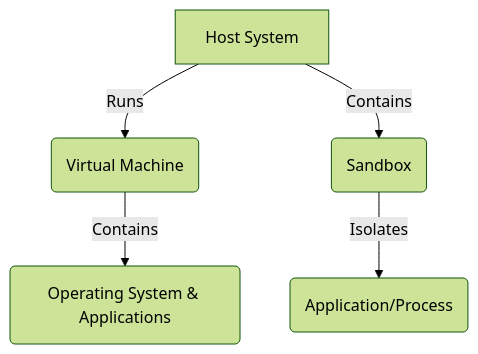
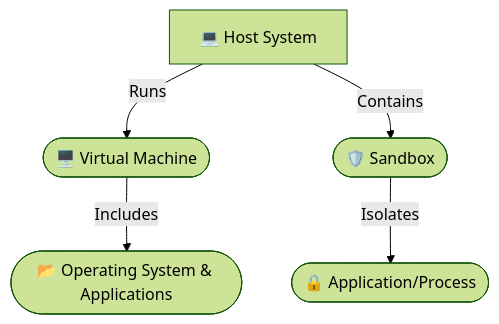
The first of 2 diagrams in content/blog/test.md (mranonymous011000001/just-testing-out), drawn with Mermaid (forest theme) before and after one commit. The commit also changed other lines of this file, not shown here.

````diff
--- a/content/blog/test.md
+++ b/content/blog/test.md
@@ -59,7 +57,8 @@
 ```mermaid
-graph TD
-    A[Host System] -->|Runs| B(Virtual Machine);
-    A -->|Contains| C(Sandbox);
-    B -->|Contains| D(Operating System & Applications);
-    C -->|Isolates| E(Application/Process);
+%% Enhanced Professional Diagram: Host, VM, and Sandbox Architecture
+flowchart TD
+    A[💻 Host System] -->|Runs| B([🖥️ Virtual Machine])
+    A -->|Contains| C([🛡️ Sandbox])
+    B -->|Includes| D([📂 Operating System & Applications])
+    C -->|Isolates| E([🔒 Application/Process])
 ```
````
